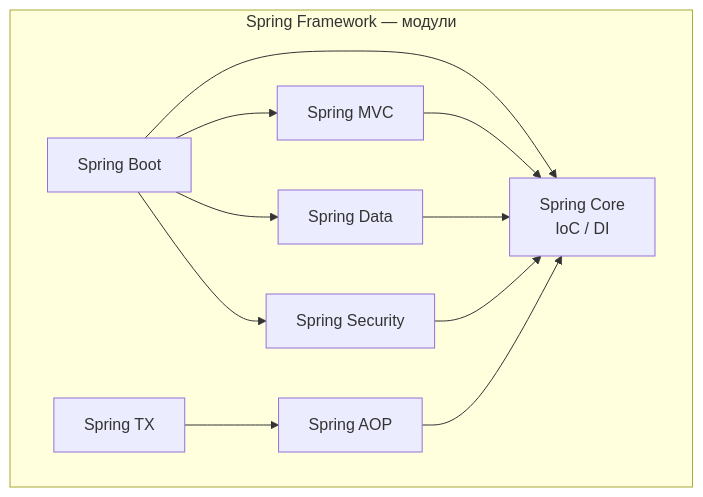
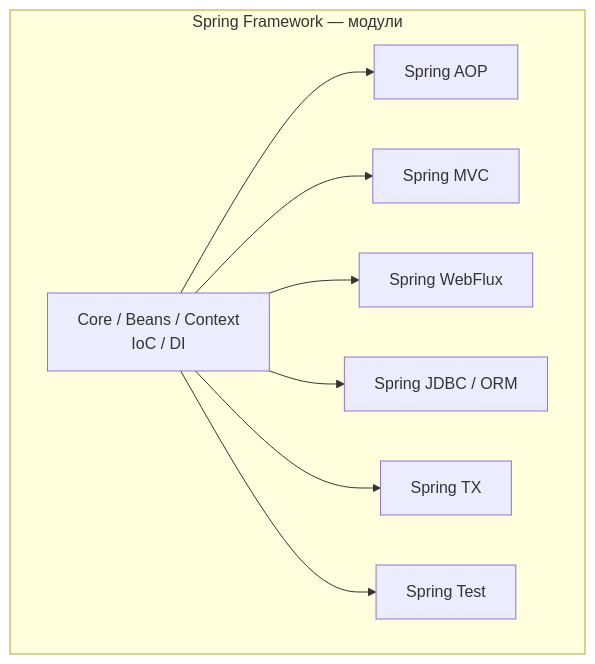
One commit to akeverus/cheat-sheet changed the first of 10 diagrams in cheatsheets/interview/frameworks/spring/spring-framework-interview.md. Above: the diagram before and after it, drawn with Mermaid. The commit also changed other lines of this file and 1 other file, not shown here.

Commit message:
docs: separate Spring Framework modules from ecosystem projects

````diff
--- a/cheatsheets/interview/frameworks/spring/spring-framework-interview.md
+++ b/cheatsheets/interview/frameworks/spring/spring-framework-interview.md
@@ -120,21 +119,18 @@
 ```mermaid
 graph TB
     subgraph "Spring Framework — модули"
-        Core["Spring Core<br/>IoC / DI"]
+        Core["Core / Beans / Context<br/>IoC / DI"]
         AOP["Spring AOP"]
         MVC["Spring MVC"]
-        Data["Spring Data"]
-        Security["Spring Security"]
+        WebFlux["Spring WebFlux"]
+        JDBC["Spring JDBC / ORM"]
         TX["Spring TX"]
-        Boot["Spring Boot"]
+        Test["Spring Test"]
     end
-    Boot --> Core
-    Boot --> MVC
-    Boot --> Data
-    Boot --> Security
-    MVC --> Core
-    Data --> Core
-    Security --> Core
-    AOP --> Core
-    TX --> AOP
+    Core --> AOP
+    Core --> MVC
+    Core --> WebFlux
+    Core --> JDBC
+    Core --> TX
+    Core --> Test
 ```
````
